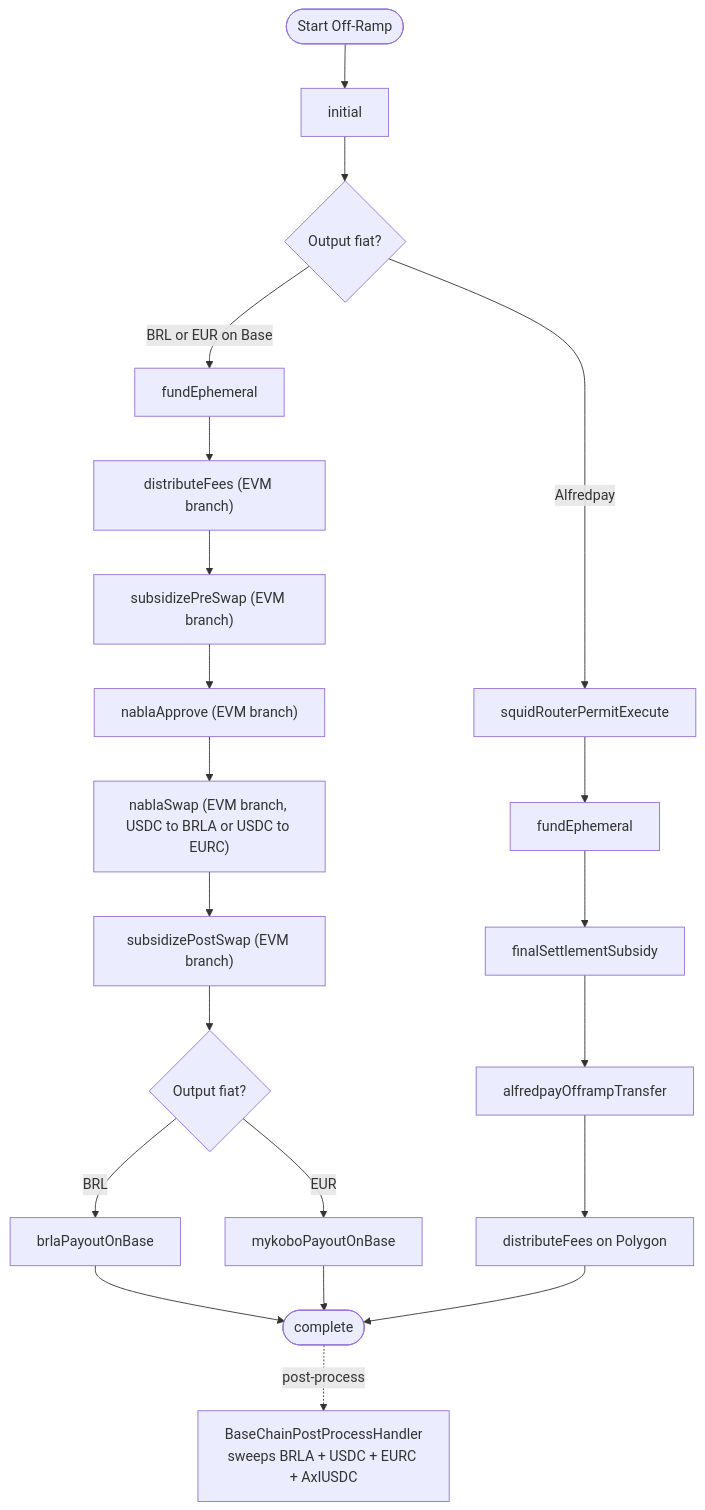
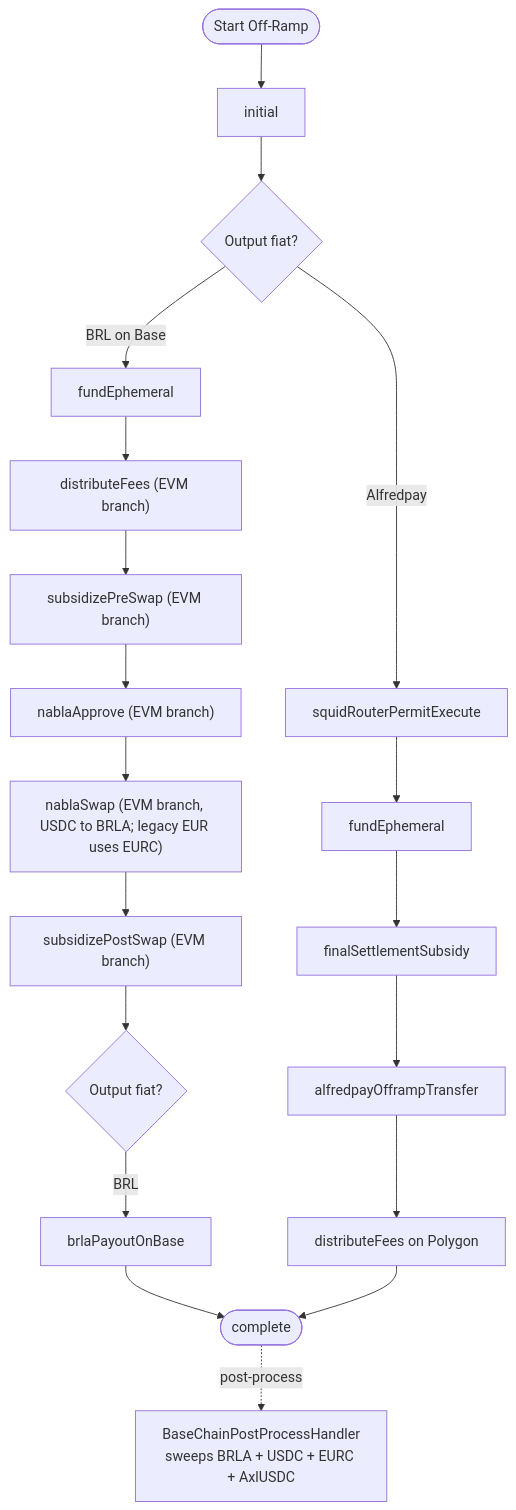
One commit to pendulum-chain/vortex changed the second of 2 diagrams in docs/security-spec/03-ramp-engine/ramp-phase-flows.md. Above: the diagram before and after it, drawn with Mermaid. The commit also changed other lines of this file and 32 other files, not shown here.

````diff
--- a/docs/security-spec/03-ramp-engine/ramp-phase-flows.md
+++ b/docs/security-spec/03-ramp-engine/ramp-phase-flows.md
@@ -141,33 +140,31 @@
 ```mermaid
 graph TD
     Start([Start Off-Ramp]) --> Init[initial]
     Init --> Corridor{Output fiat?}
 
-    %% --- Shared Base entry: BRL + EUR ---
+    %% --- Active Base entry: BRL; legacy EUR recovery uses the same branch ---
     %% The user-signed Squid bridge (source EVM -> Base USDC) is submitted client-side
     %% before the backend runtime starts. AssetHub -> BRL is cataloged for recovery but disabled at quote eligibility.
-    Corridor -->|BRL or EUR on Base| BaseFund[fundEphemeral]
+    Corridor -->|BRL on Base| BaseFund[fundEphemeral]
     BaseFund --> BaseDistEvm["distributeFees (EVM branch)"]
     BaseDistEvm --> BaseSubPreEvm["subsidizePreSwap (EVM branch)"]
     BaseSubPreEvm --> BaseApproveEvm["nablaApprove (EVM branch)"]
-    BaseApproveEvm --> BaseSwapEvm["nablaSwap (EVM branch, USDC to BRLA or USDC to EURC)"]
+    BaseApproveEvm --> BaseSwapEvm["nablaSwap (EVM branch, USDC to BRLA; legacy EUR uses EURC)"]
     BaseSwapEvm --> BaseSubPostEvm["subsidizePostSwap (EVM branch)"]
     BaseSubPostEvm --> Payout{Output fiat?}
 
     %% --- Per-corridor terminal payout phase ---
     Payout -->|BRL| BrlPayout[brlaPayoutOnBase]
-    Payout -->|EUR| MykPayout[mykoboPayoutOnBase]
     BrlPayout --> Complete([complete])
-    MykPayout --> Complete
 
     %% --- Base post-process cleanup (after complete, out-of-flow) ---
     Complete -.post-process.-> BaseCleanup[BaseChainPostProcessHandler<br/>sweeps BRLA + USDC + EURC + AxlUSDC]
 
     %% --- Alfredpay (Polygon, different chain) ---
     Corridor -->|Alfredpay| AfPermit[squidRouterPermitExecute]
     AfPermit --> AfFund[fundEphemeral]
     AfFund --> AfFinalSubsidy[finalSettlementSubsidy]
     AfFinalSubsidy --> AfTransfer[alfredpayOfframpTransfer]
     AfTransfer --> AfDistOff[distributeFees on Polygon]
     AfDistOff --> Complete
 ```
````
